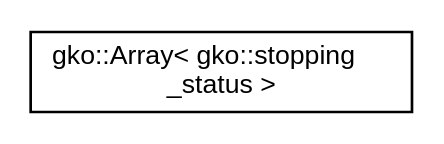
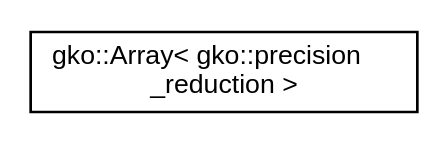
Before and after one commit to ginkgo-project/ginkgo: the diagram in doc/develop/inherit_graph_35.dot, drawn with Graphviz. The commit also changed 307 other files, not shown here.

```diff
--- a/doc/develop/inherit_graph_35.dot
+++ b/doc/develop/inherit_graph_35.dot
@@ -1,8 +1,8 @@
 digraph "Graphical Class Hierarchy"
 {
  // INTERACTIVE_SVG=YES
   edge [fontname="Helvetica",fontsize="10",labelfontname="Helvetica",labelfontsize="10"];
   node [fontname="Helvetica",fontsize="10",shape=record];
   rankdir="LR";
-  Node1 [label="gko::Array\< gko::stopping\l_status \>",height=0.2,width=0.4,color="black", fillcolor="white", style="filled",URL="$classgko_1_1Array.html"];
+  Node1 [label="gko::Array\< gko::precision\l_reduction \>",height=0.2,width=0.4,color="black", fillcolor="white", style="filled",URL="$classgko_1_1Array.html"];
 }
```
